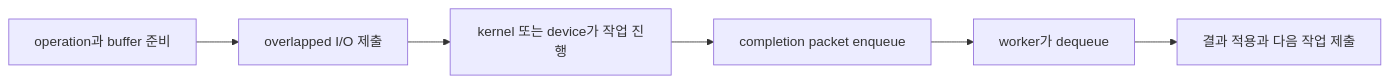
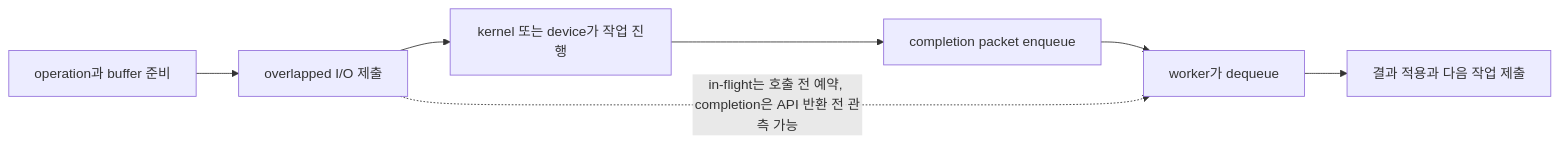
The first of 5 diagrams in system/part17_windows_iocp.md (Rein-ArXiv/game-dev-curriculum), drawn with Mermaid before and after one commit. The commit also changed other lines of this file and 279 other files, not shown here.

````diff
--- a/system/part17_windows_iocp.md
+++ b/system/part17_windows_iocp.md
@@ -57,8 +57,9 @@
 ```mermaid
 flowchart LR
     A["operation과 buffer 준비"] --> B["overlapped I/O 제출"]
     B --> C["kernel 또는 device가 작업 진행"]
     C --> D["completion packet enqueue"]
     D --> E["worker가 dequeue"]
     E --> F["결과 적용과 다음 작업 제출"]
+    B -. "in-flight는 호출 전 예약, completion은 API 반환 전 관측 가능" .-> E
 ```
````
